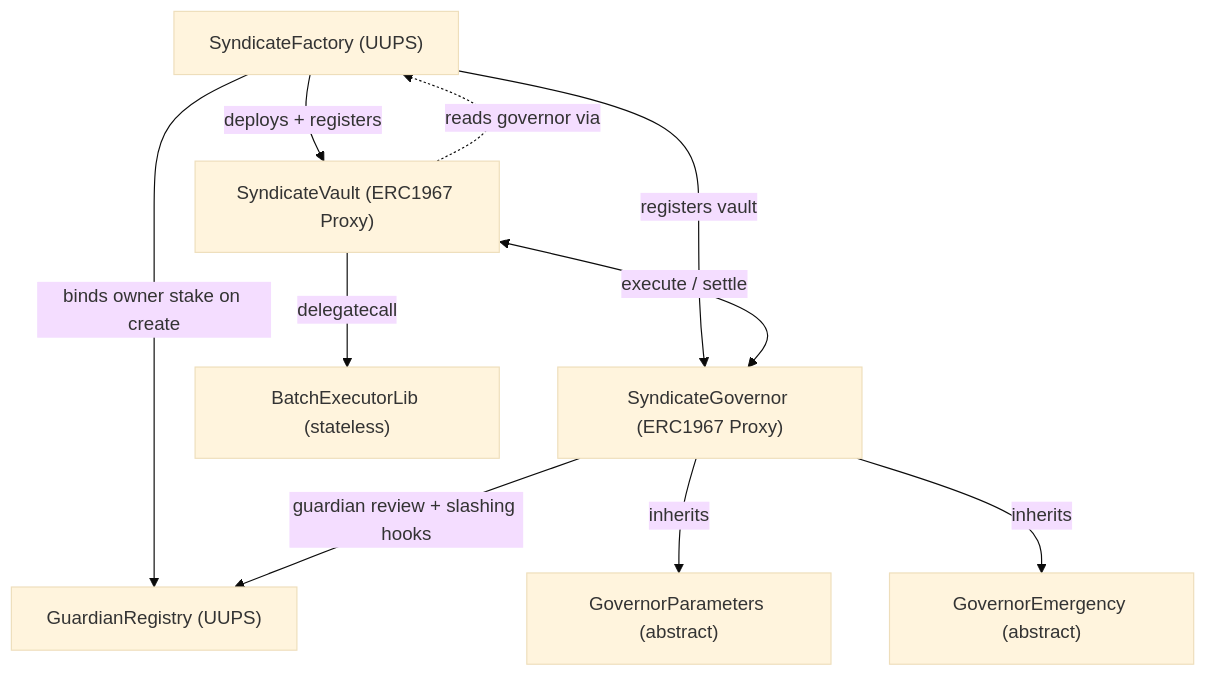
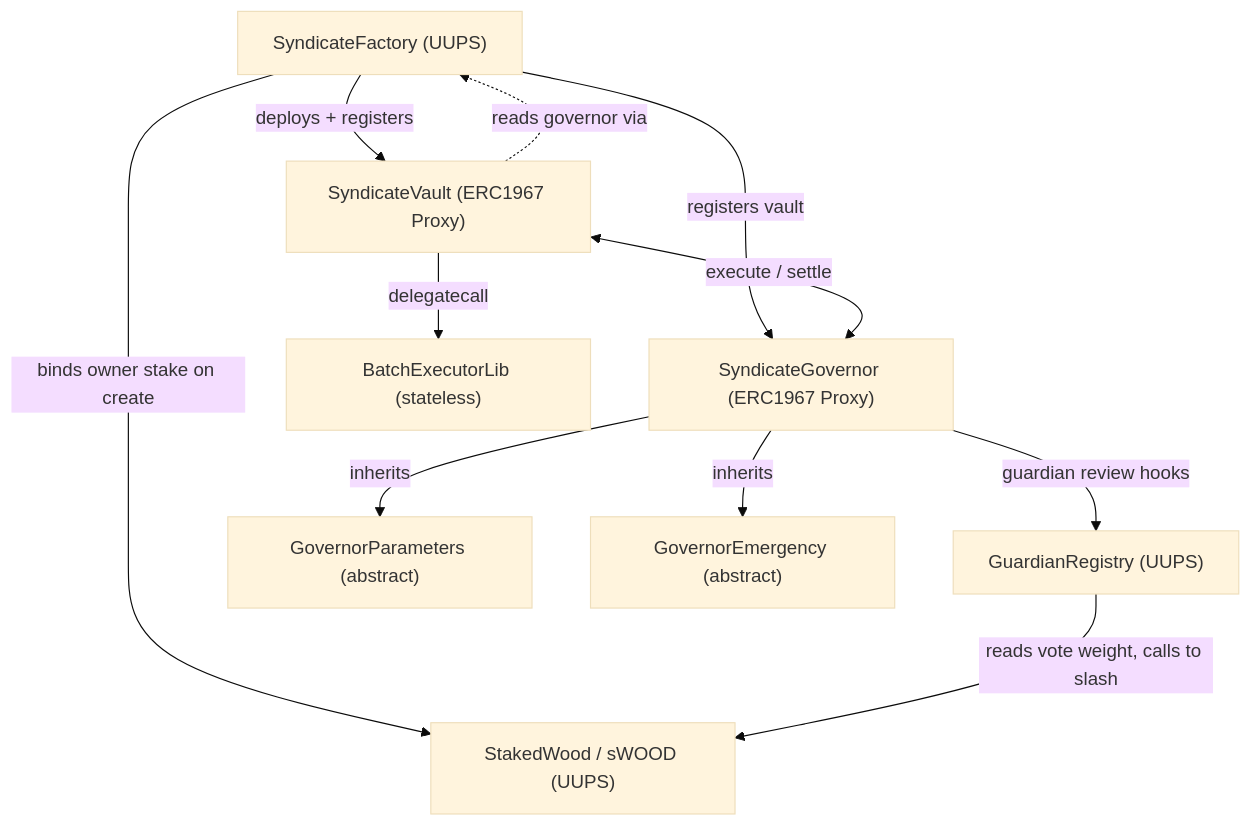
Before and after one commit to sherwoodagent/mintlify-docs: the diagram in protocol/architecture.mdx, drawn with Mermaid (base theme). The commit also changed other lines of this file and 1 other file, not shown here.

Commit message:
docs: sWOOD staking split

````diff
--- a/protocol/architecture.mdx
+++ b/protocol/architecture.mdx
@@ -11,12 +11,13 @@
 ```mermaid
 graph TD
     F["SyndicateFactory (UUPS)"] -->|deploys + registers| V["SyndicateVault (ERC1967 Proxy)"]
     F -->|registers vault| G["SyndicateGovernor (ERC1967 Proxy)"]
-    F -->|binds owner stake on create| R["GuardianRegistry (UUPS)"]
-    G -->|guardian review + slashing hooks| R
+    F -->|binds owner stake on create| S["StakedWood / sWOOD (UUPS)"]
+    G -->|guardian review hooks| R["GuardianRegistry (UUPS)"]
+    R -->|reads vote weight, calls to slash| S
     V <-->|execute / settle| G
     V -->|delegatecall| B["BatchExecutorLib (stateless)"]
     G -->|inherits| P["GovernorParameters (abstract)"]
     G -->|inherits| E["GovernorEmergency (abstract)"]
     V -.->|reads governor via| F
 ```
````
